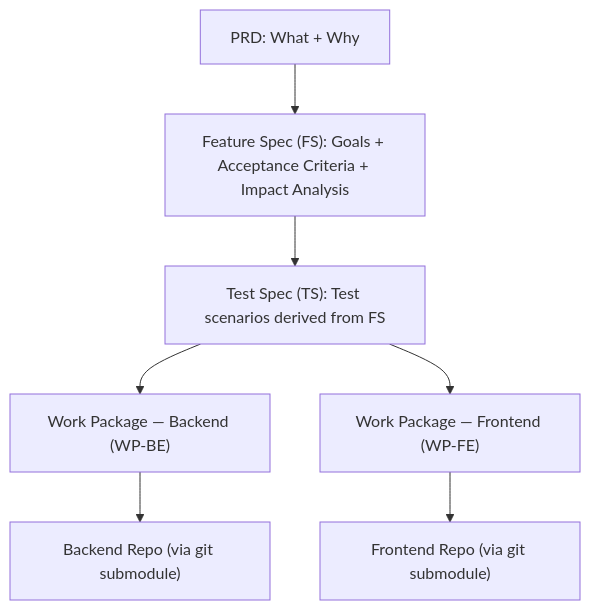
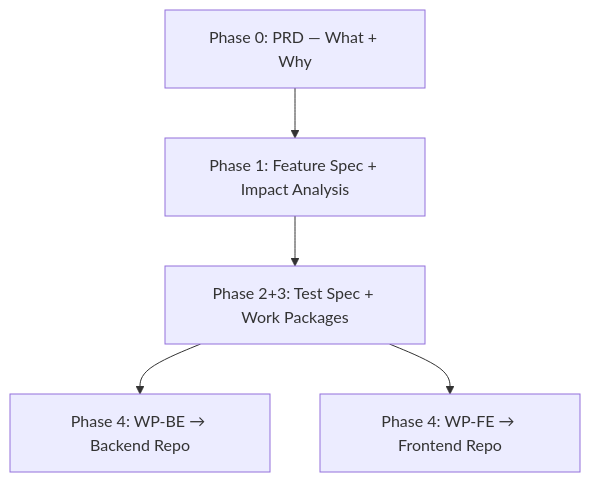
The second of 2 diagrams in README.md (tankibaj/spec-driven-development), drawn with Mermaid before and after one commit. The commit also changed other lines of this file, not shown here.

````diff
--- a/README.md
+++ b/README.md
@@ -45,9 +75,7 @@
 ```mermaid
 flowchart TD
-    PRD["PRD: What + Why"] --> FS["Feature Spec (FS): Goals + Acceptance Criteria + Impact Analysis"]
-    FS --> TS["Test Spec (TS): Test scenarios derived from FS"]
-    TS --> BE["Work Package — Backend (WP-BE)"]
-    TS --> FE["Work Package — Frontend (WP-FE)"]
-    BE --> BR["Backend Repo (via git submodule)"]
-    FE --> FR["Frontend Repo (via git submodule)"]
+    PRD["Phase 0: PRD — What + Why"] --> FS["Phase 1: Feature Spec + Impact Analysis"]
+    FS --> TS["Phase 2+3: Test Spec + Work Packages"]
+    TS --> BE["Phase 4: WP-BE → Backend Repo"]
+    TS --> FE["Phase 4: WP-FE → Frontend Repo"]
 ```
````
